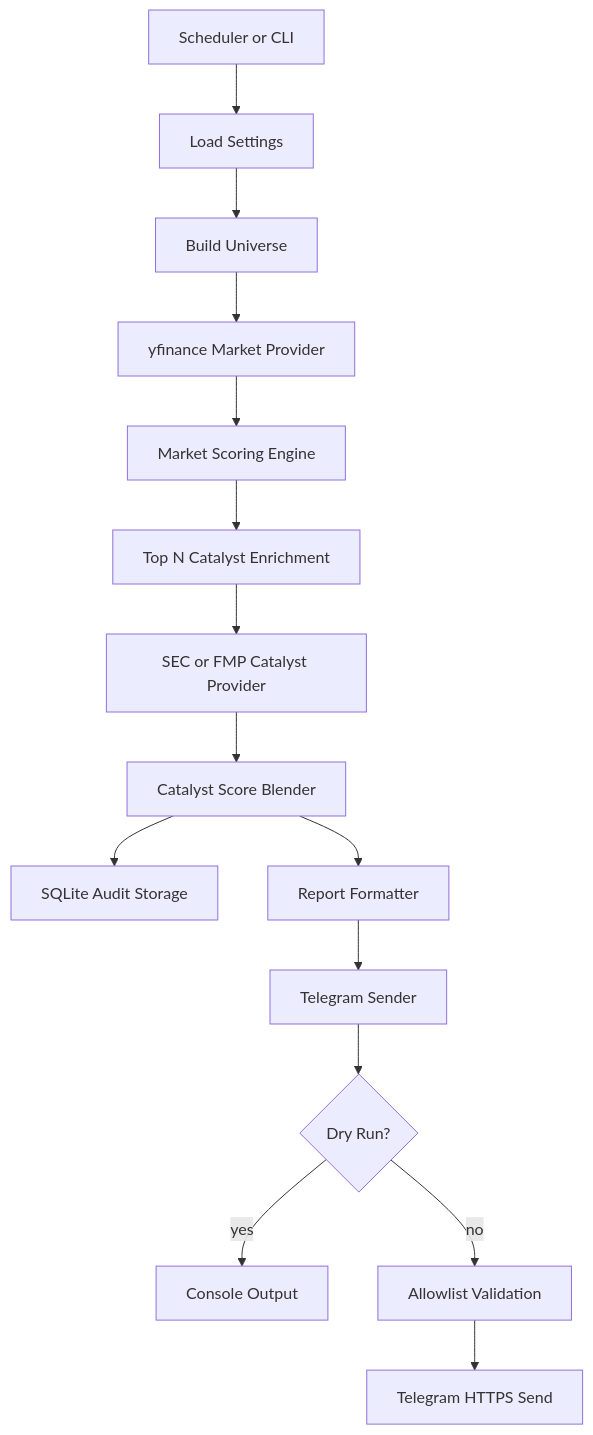
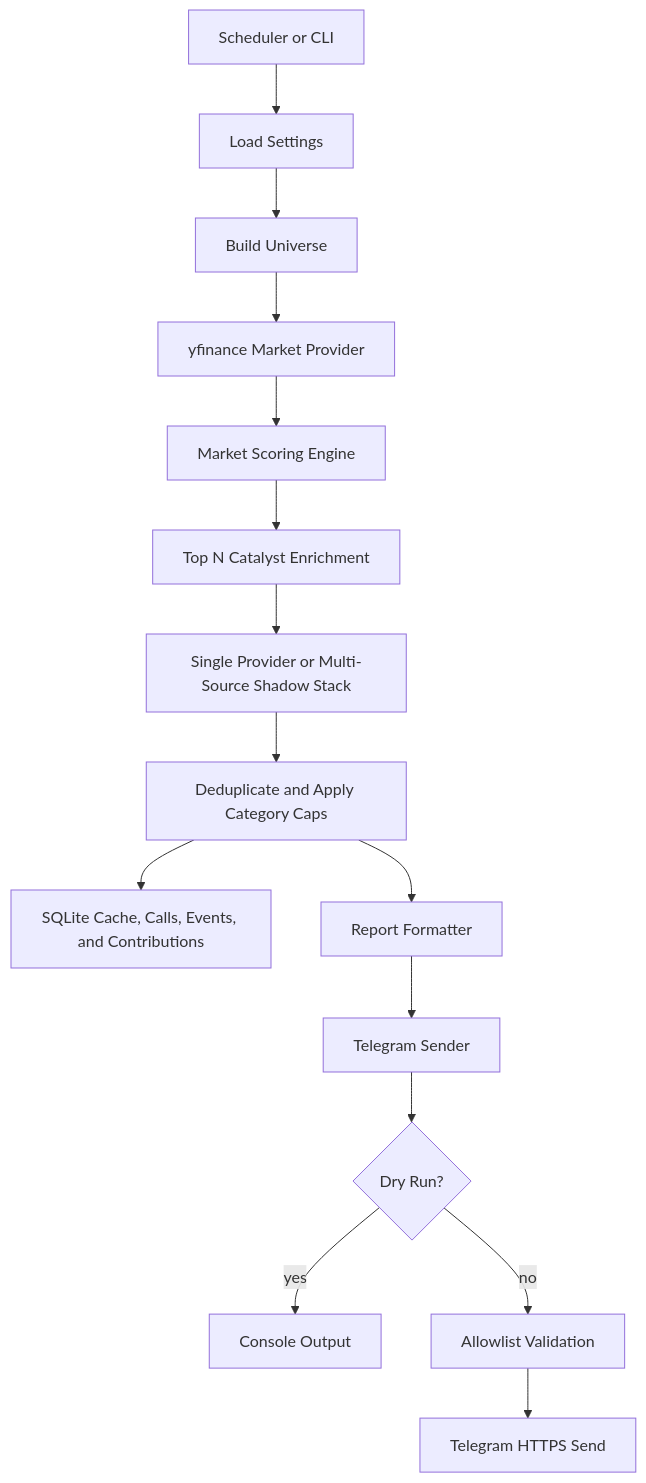
Before and after one commit to KSR4599/Stock_Analyzer: the diagram in docs/ARCHITECTURE.md, drawn with Mermaid. The commit also changed other lines of this file and 68 other files, not shown here.

````diff
--- a/docs/ARCHITECTURE.md
+++ b/docs/ARCHITECTURE.md
@@ -154,17 +194,17 @@
 ```mermaid
 flowchart TD
     A[Scheduler or CLI] --> B[Load Settings]
     B --> C[Build Universe]
     C --> D[yfinance Market Provider]
     D --> E[Market Scoring Engine]
     E --> F[Top N Catalyst Enrichment]
-    F --> G[SEC or FMP Catalyst Provider]
-    G --> H[Catalyst Score Blender]
-    H --> I[SQLite Audit Storage]
+    F --> G[Single Provider or Multi-Source Shadow Stack]
+    G --> H[Deduplicate and Apply Category Caps]
+    H --> I[SQLite Cache, Calls, Events, and Contributions]
     H --> J[Report Formatter]
     J --> K[Telegram Sender]
     K --> L{Dry Run?}
     L -->|yes| M[Console Output]
     L -->|no| N[Allowlist Validation]
     N --> O[Telegram HTTPS Send]
 ```
````
